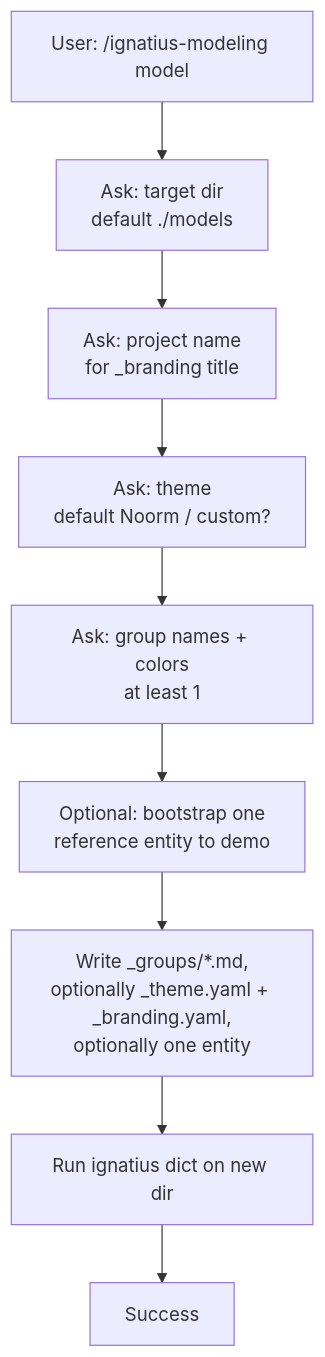
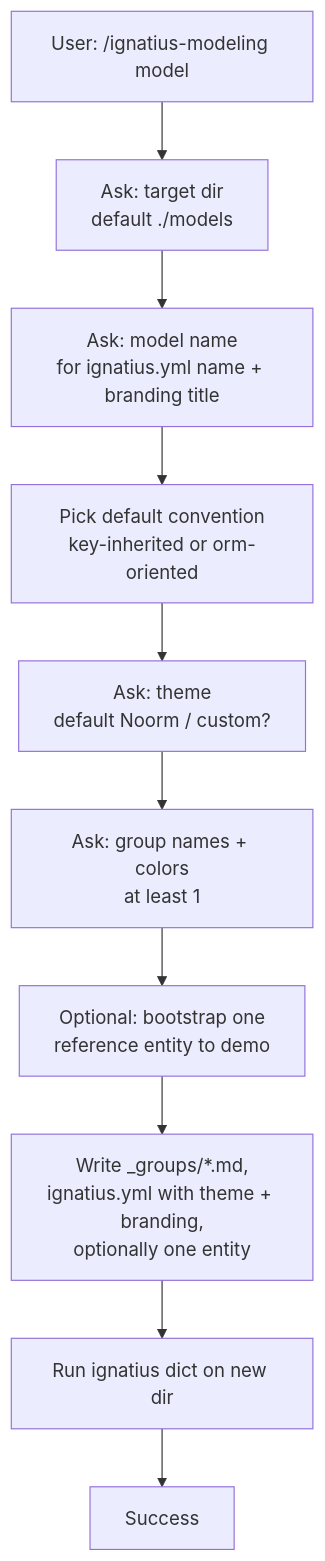
The second of 2 diagrams in docs/design/ignatius-modeling-skill.md (noormdev/ignatius), drawn with Mermaid before and after one commit. The commit also changed other lines of this file and 7 other files, not shown here.

````diff
--- a/docs/design/ignatius-modeling-skill.md
+++ b/docs/design/ignatius-modeling-skill.md
@@ -67,11 +72,12 @@
 ```mermaid
 flowchart TD
     Start[User: /ignatius-modeling model] --> Q1[Ask: target dir<br/>default ./models]
-    Q1 --> Q2[Ask: project name<br/>for _branding title]
-    Q2 --> Q3[Ask: theme<br/>default Noorm / custom?]
-    Q3 --> Q4[Ask: group names + colors<br/>at least 1]
-    Q4 --> Q5[Optional: bootstrap one<br/>reference entity to demo]
-    Q5 --> Write[Write _groups/*.md,<br/>optionally _theme.yaml + _branding.yaml,<br/>optionally one entity]
+    Q1 --> Q2[Ask: model name<br/>for ignatius.yml name + branding title]
+    Q2 --> Q3[Pick default convention<br/>key-inherited or orm-oriented]
+    Q3 --> Q4[Ask: theme<br/>default Noorm / custom?]
+    Q4 --> Q5[Ask: group names + colors<br/>at least 1]
+    Q5 --> Q6[Optional: bootstrap one<br/>reference entity to demo]
+    Q6 --> Write[Write _groups/*.md,<br/>ignatius.yml with theme + branding,<br/>optionally one entity]
     Write --> Lint[Run ignatius dict on new dir]
     Lint --> Success
 ```
````
